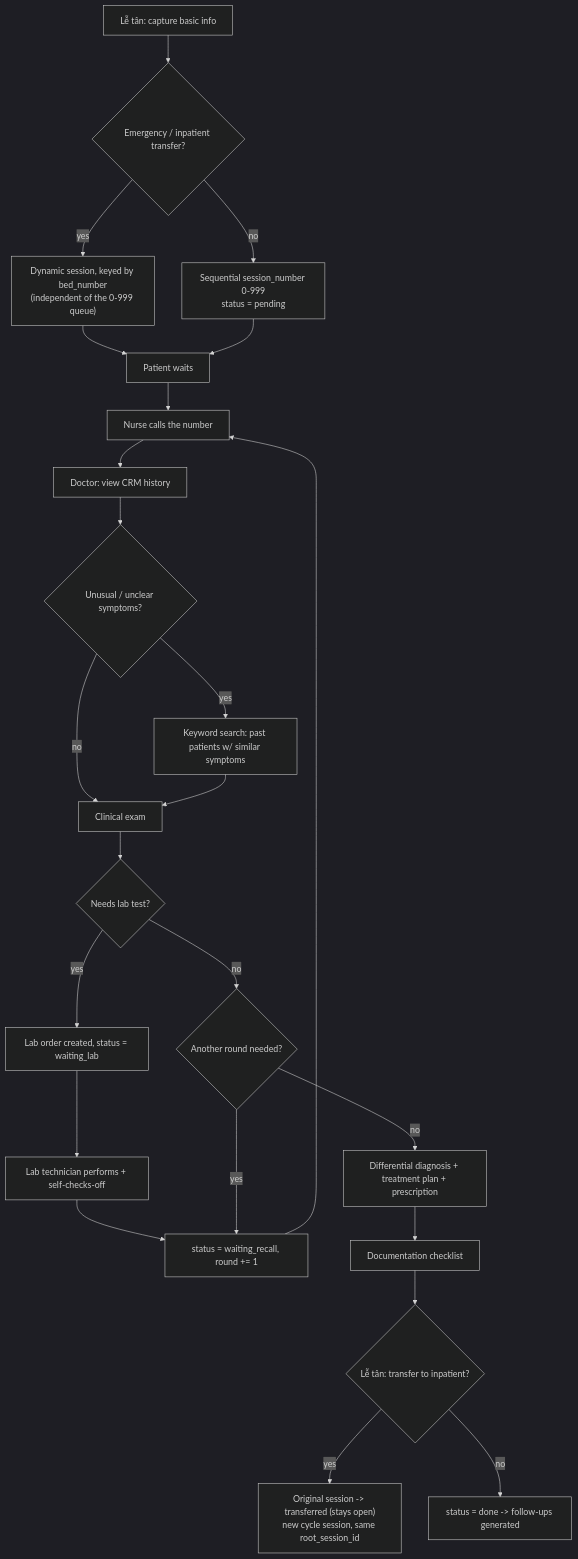
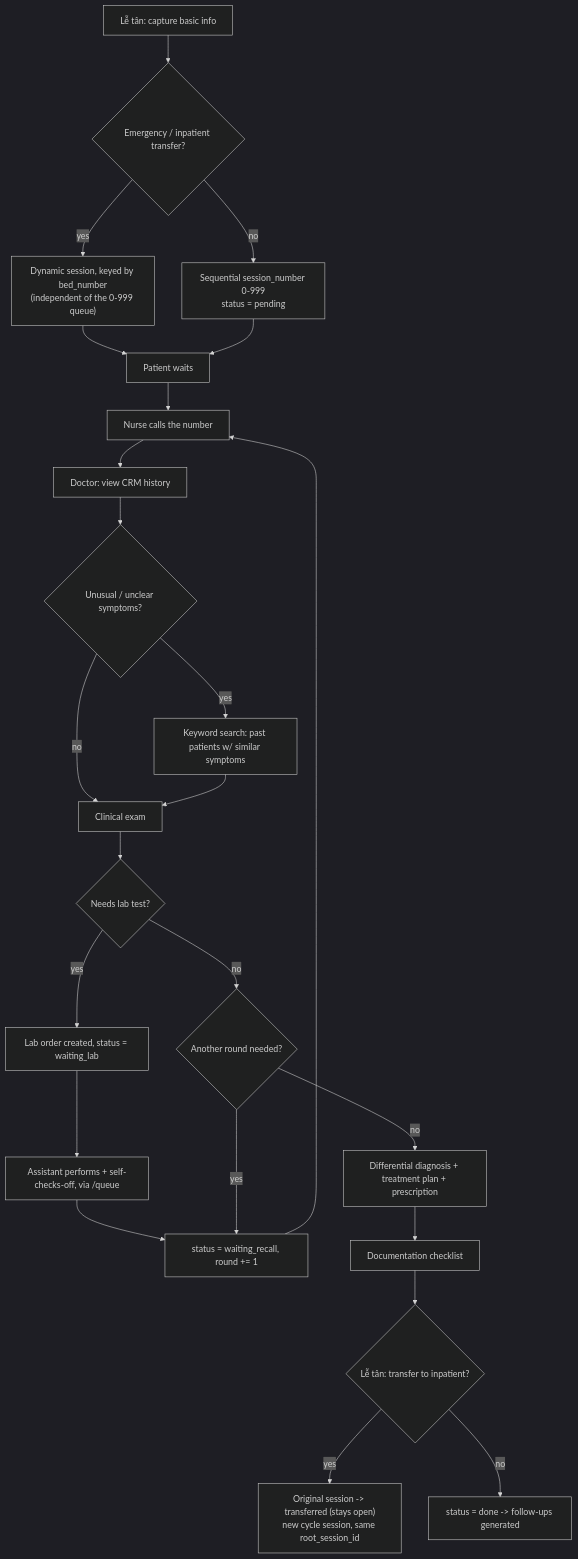
One commit to ZotAZaw3/Aegis-Care changed the second of 2 diagrams in ARCHITECTURE.md. Above: the diagram before and after it, drawn with Mermaid (dark theme). The commit also changed other lines of this file and 10 other files, not shown here.

````diff
--- a/ARCHITECTURE.md
+++ b/ARCHITECTURE.md
@@ -84,26 +91,26 @@
 ```mermaid
 flowchart TD
   A[Lễ tân: capture basic info] --> B{Emergency / inpatient transfer?}
   B -- yes --> C["Dynamic session, keyed by bed_number\n(independent of the 0-999 queue)"]
   B -- no --> D["Sequential session_number 0-999\nstatus = pending"]
   C --> E[Patient waits]
   D --> E
   E --> F[Nurse calls the number]
   F --> G[Doctor: view CRM history]
   G --> H{Unusual / unclear symptoms?}
   H -- yes --> I[Keyword search: past patients w/ similar symptoms]
   H -- no --> J[Clinical exam]
   I --> J
   J --> K{Needs lab test?}
   K -- yes --> L[Lab order created, status = waiting_lab]
-  L --> M[Lab technician performs + self-checks-off]
+  L --> M[Assistant performs + self-checks-off, via /queue]
   M --> N[status = waiting_recall, round += 1]
   K -- no --> O{Another round needed?}
   N --> F
   O -- yes --> N
   O -- no --> P[Differential diagnosis + treatment plan + prescription]
   P --> Q[Documentation checklist]
   Q --> R{Lễ tân: transfer to inpatient?}
   R -- yes --> S["Original session -> transferred (stays open)\nnew cycle session, same root_session_id"]
   R -- no --> T[status = done -> follow-ups generated]
 ```
````
